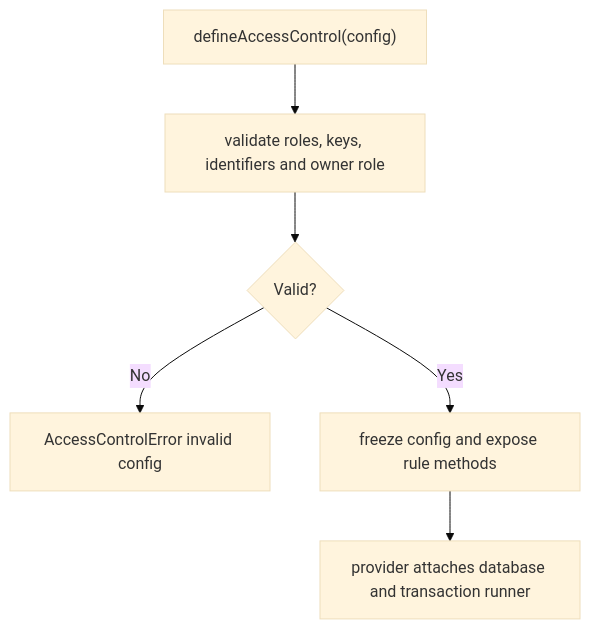
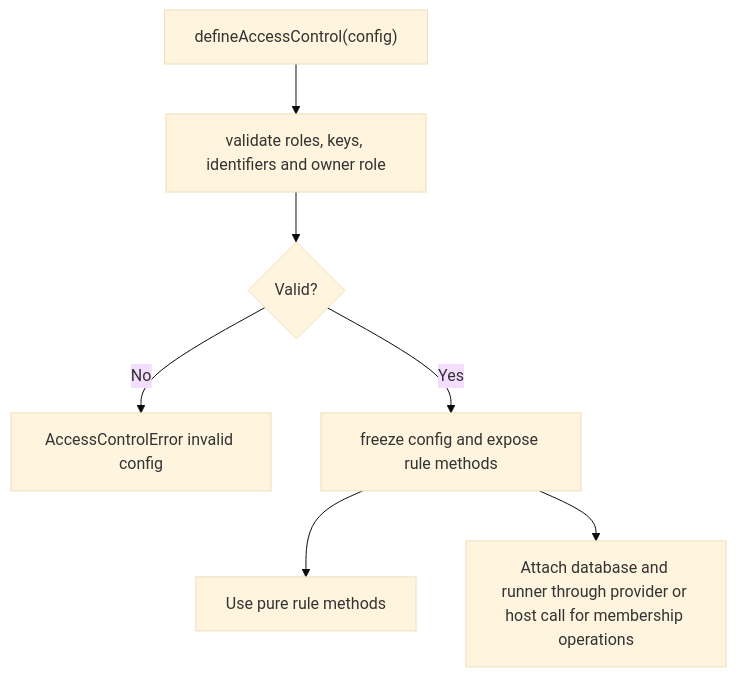
The second of 2 diagrams in user-stories/US-ACCESS-01-define-role-matrix.md (Kevinjohn/oss-adonisjs-access-control), drawn with Mermaid (base theme) before and after one commit. The commit also changed other lines of this file and 25 other files, not shown here.

````diff
--- a/user-stories/US-ACCESS-01-define-role-matrix.md
+++ b/user-stories/US-ACCESS-01-define-role-matrix.md
@@ -34,8 +34,9 @@
 ```mermaid
 flowchart TD
     A["defineAccessControl(config)"] --> B["validate roles, keys, identifiers and owner role"]
     B --> C{"Valid?"}
     C -->|No| D["AccessControlError invalid config"]
     C -->|Yes| E["freeze config and expose rule methods"]
-    E --> F["provider attaches database and transaction runner"]
+    E --> F["Use pure rule methods"]
+    E --> G["Attach database and runner through provider or host call for membership operations"]
 ```
````
